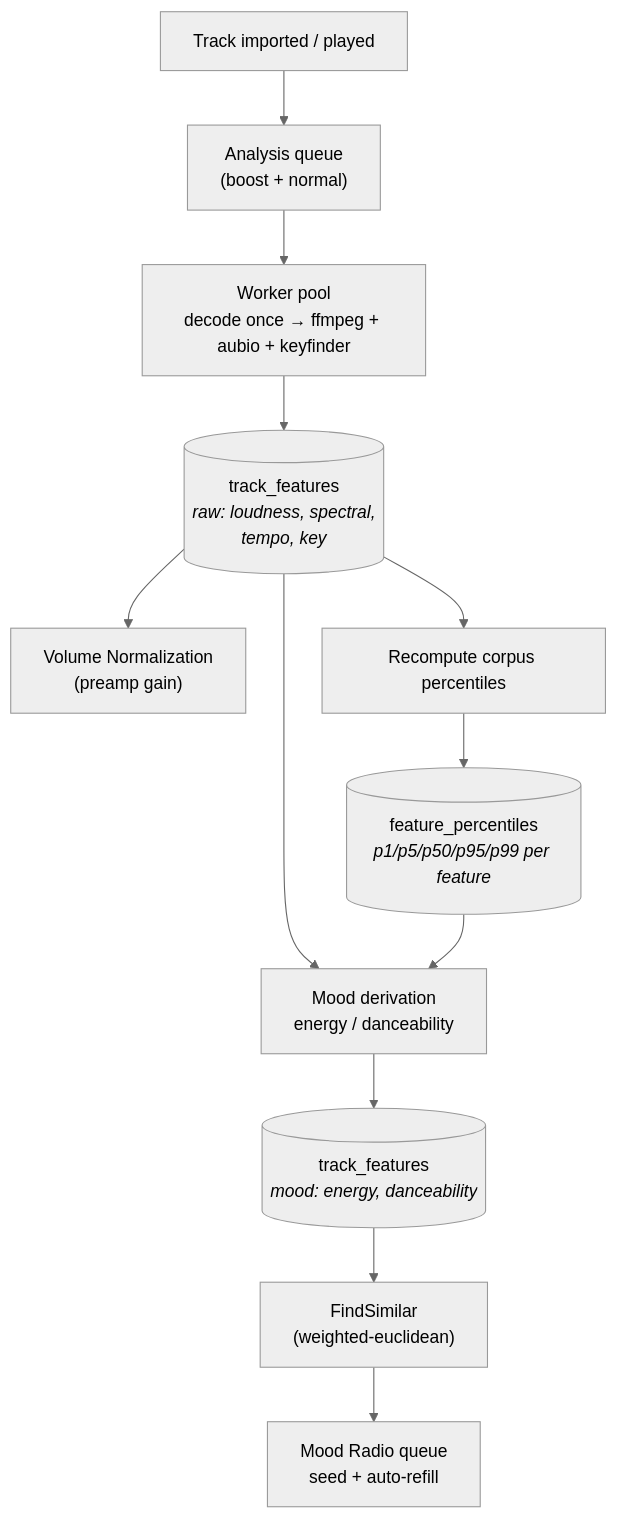
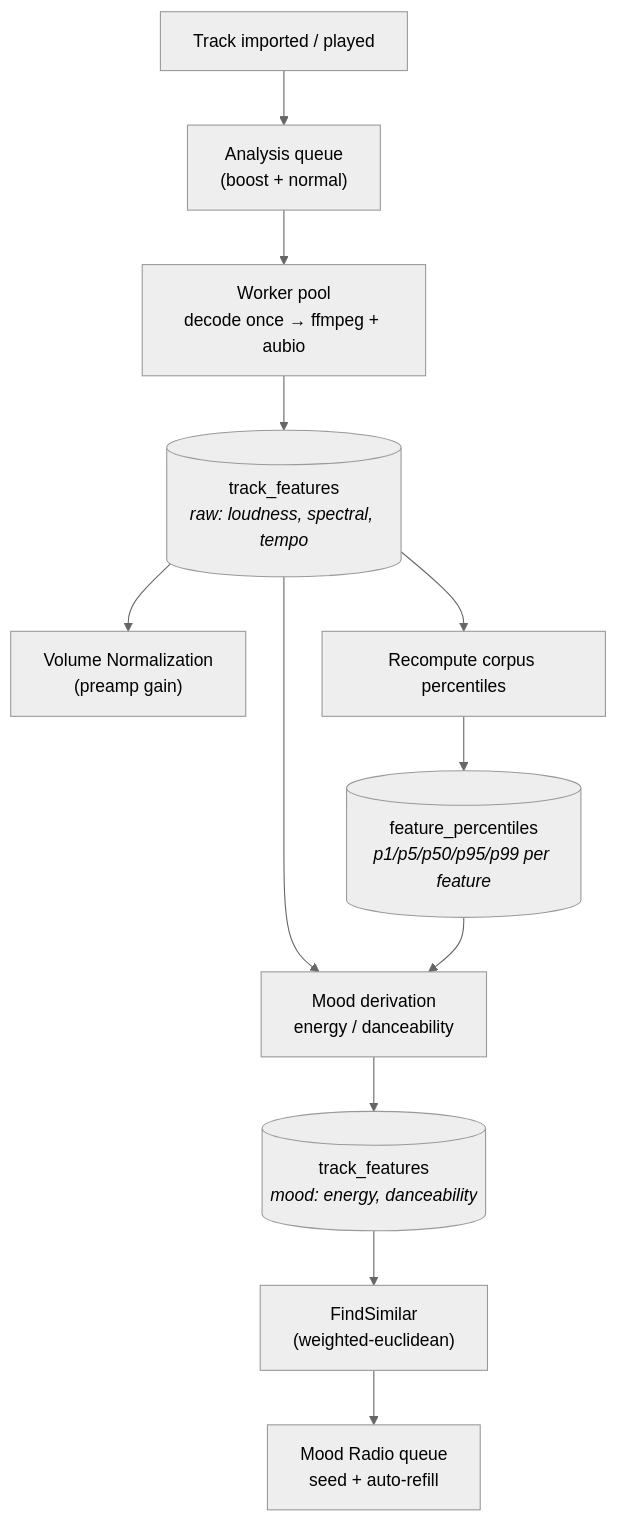
The first of 2 diagrams in catalog/analysis/README.md (misa198/airmedy), drawn with Mermaid (neutral theme) before and after one commit. The commit also changed other lines of this file and 31 other files, not shown here.

First line of the commit message:
refactor(analysis): drop unused musical-key/mode/valence features

````diff
--- a/catalog/analysis/README.md
+++ b/catalog/analysis/README.md
@@ -22,18 +20,18 @@
 ```mermaid
 flowchart TB
     IMP["Track imported / played"] --> ENQ["Analysis queue<br/>(boost + normal)"]
-    ENQ --> POOL["Worker pool<br/>decode once → ffmpeg + aubio + keyfinder"]
-    POOL --> RAW[("track_features<br/><i>raw: loudness, spectral,<br/>tempo, key</i>")]
+    ENQ --> POOL["Worker pool<br/>decode once → ffmpeg + aubio"]
+    POOL --> RAW[("track_features<br/><i>raw: loudness, spectral, tempo</i>")]
 
     RAW --> NORM["Volume Normalization<br/>(preamp gain)"]
 
     RAW --> PCT["Recompute corpus percentiles"]
     PCT --> PCTBL[("feature_percentiles<br/><i>p1/p5/p50/p95/p99 per feature</i>")]
 
     RAW --> MOOD["Mood derivation<br/>energy / danceability"]
     PCTBL --> MOOD
     MOOD --> MOODF[("track_features<br/><i>mood: energy, danceability</i>")]
 
     MOODF --> SIM["FindSimilar<br/>(weighted-euclidean)"]
     SIM --> RADIO["Mood Radio queue<br/>seed + auto-refill"]
 ```
````
